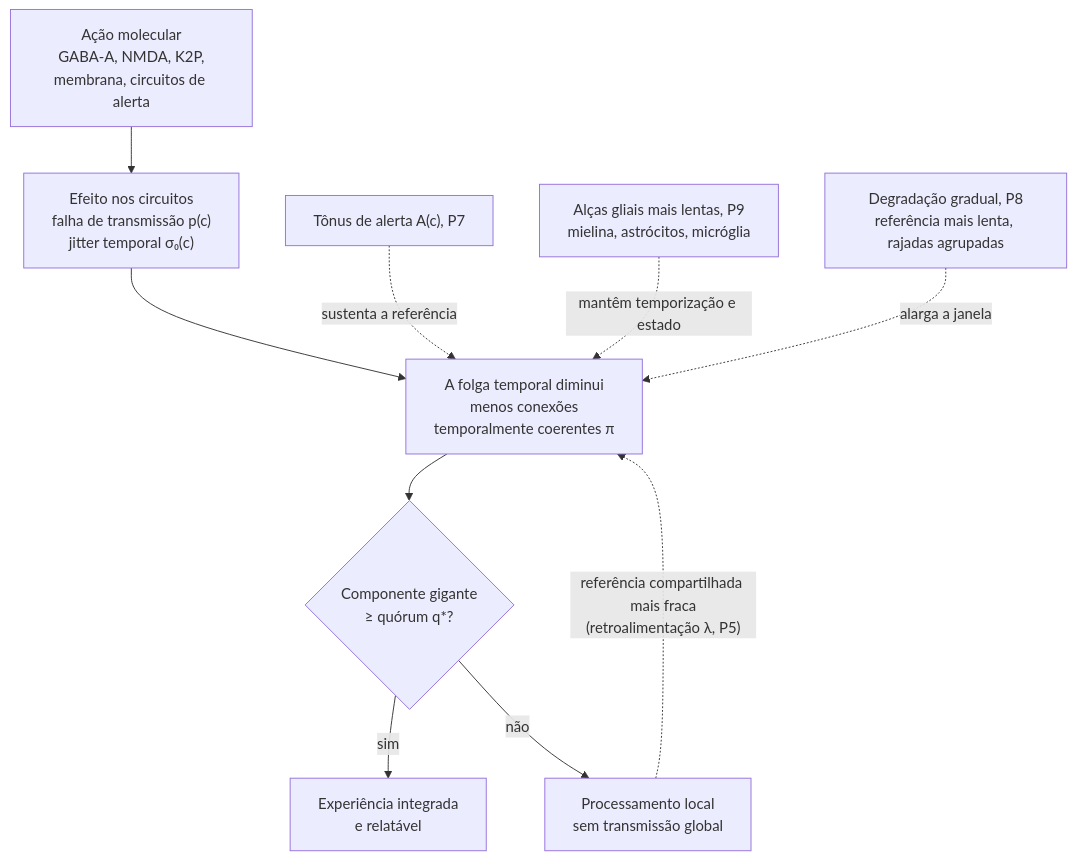
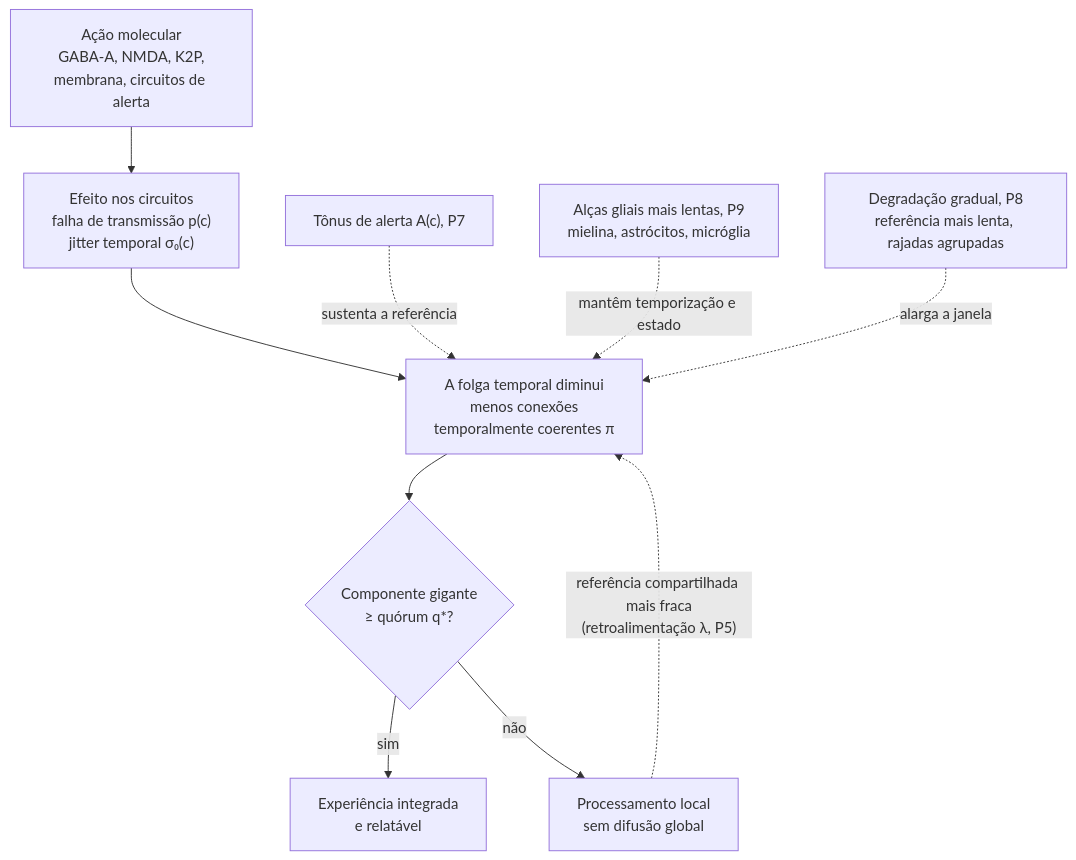
Before and after one commit to DrGabriel/neuroscience: the first of 2 diagrams in white_paper_anesthesia_consensus.pt-BR.md, drawn with Mermaid. The commit also changed other lines of this file and 15 other files, not shown here.

````diff
--- a/white_paper_anesthesia_consensus.pt-BR.md
+++ b/white_paper_anesthesia_consensus.pt-BR.md
@@ -194,12 +194,12 @@
 ```mermaid
 flowchart TB
     A["Ação molecular<br/>GABA-A, NMDA, K2P,<br/>membrana, circuitos de alerta"] --> B["Efeito nos circuitos<br/>falha de transmissão p(c)<br/>jitter temporal σ₀(c)"]
     B --> C["A folga temporal diminui<br/>menos conexões<br/>temporalmente coerentes π"]
     C --> D{"Componente gigante<br/>≥ quórum q*?"}
     D -- sim --> E["Experiência integrada<br/>e relatável"]
-    D -- não --> F["Processamento local<br/>sem transmissão global"]
+    D -- não --> F["Processamento local<br/>sem difusão global"]
     F -. "referência compartilhada mais fraca<br/>(retroalimentação λ, P5)" .-> C
     G["Tônus de alerta A(c), P7"] -. "sustenta a referência" .-> C
     I["Alças gliais mais lentas, P9<br/>mielina, astrócitos, micróglia"] -. "mantêm temporização e estado" .-> C
     H["Degradação gradual, P8<br/>referência mais lenta, rajadas agrupadas"] -. "alarga a janela" .-> C
 ```
````
